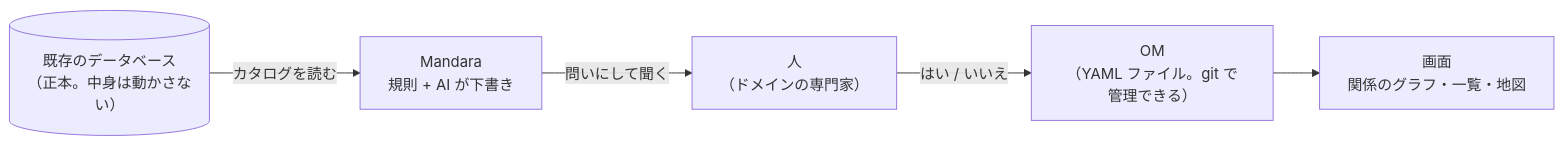
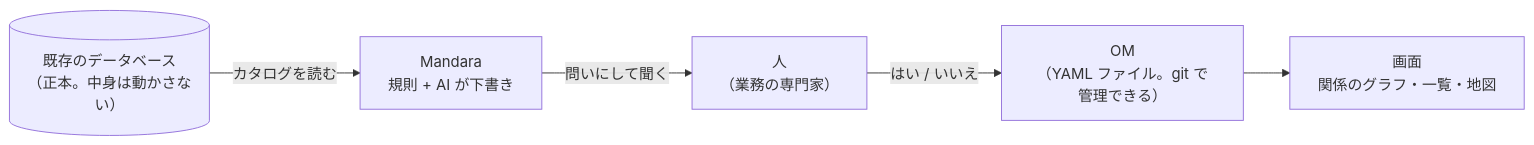
Before and after one commit to NaokiHyu/mandara: the first of 6 diagrams in docs/quickstart.md, drawn with Mermaid. The commit also changed other lines of this file and 56 other files, not shown here.

````diff
--- a/docs/quickstart.md
+++ b/docs/quickstart.md
@@ -17,7 +17,7 @@
 ```mermaid
 flowchart LR
     DB[("既存のデータベース<br/>（正本。中身は動かさない）")] -->|カタログを読む| M["Mandara<br/>規則 + AI が下書き"]
-    M -->|問いにして聞く| H["人<br/>（ドメインの専門家）"]
+    M -->|問いにして聞く| H["人<br/>（業務の専門家）"]
     H -->|はい / いいえ| OM["OM<br/>（YAML ファイル。git で管理できる）"]
     OM --> UI["画面<br/>関係のグラフ・一覧・地図"]
 ```
````
